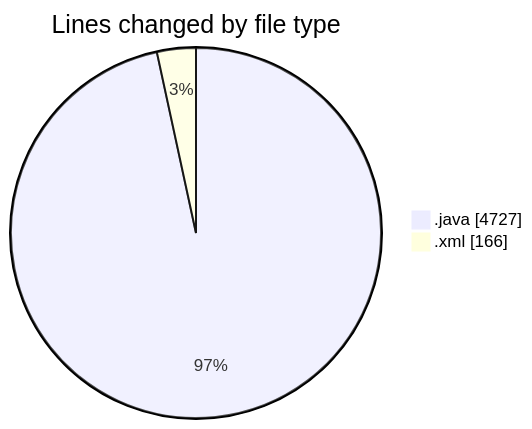
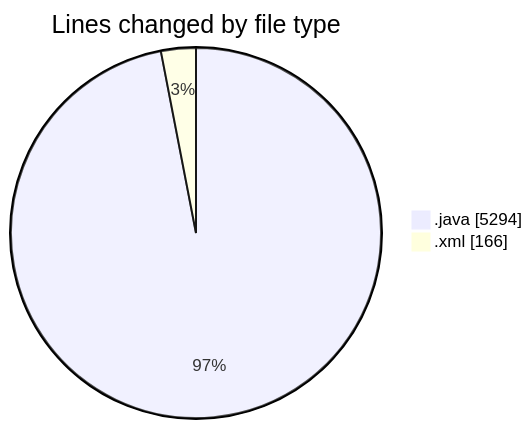
One commit to ricardozamudiocil/code-tracking changed the first of 2 diagrams in 2026-06-25/cilapp/README.md. Above: the diagram before and after it, drawn with Mermaid. The commit also changed other lines of this file and 1 other file, not shown here.

````diff
--- a/2026-06-25/cilapp/README.md
+++ b/2026-06-25/cilapp/README.md
@@ -23,6 +23,6 @@
 ```mermaid
 pie showData
 title Lines changed by file type
-".java" : 4727
+".java" : 5294
 ".xml" : 166
 ```
````
